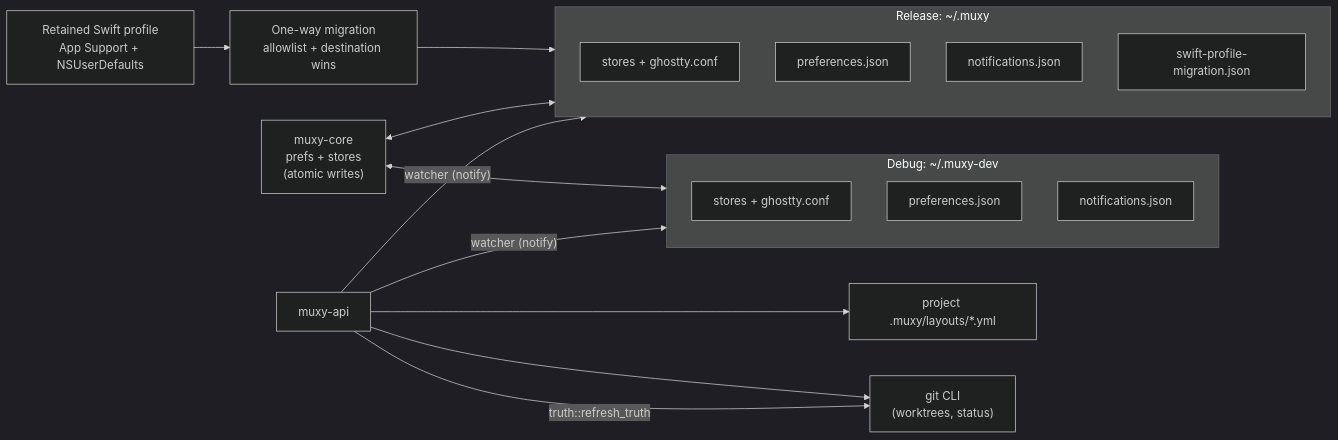
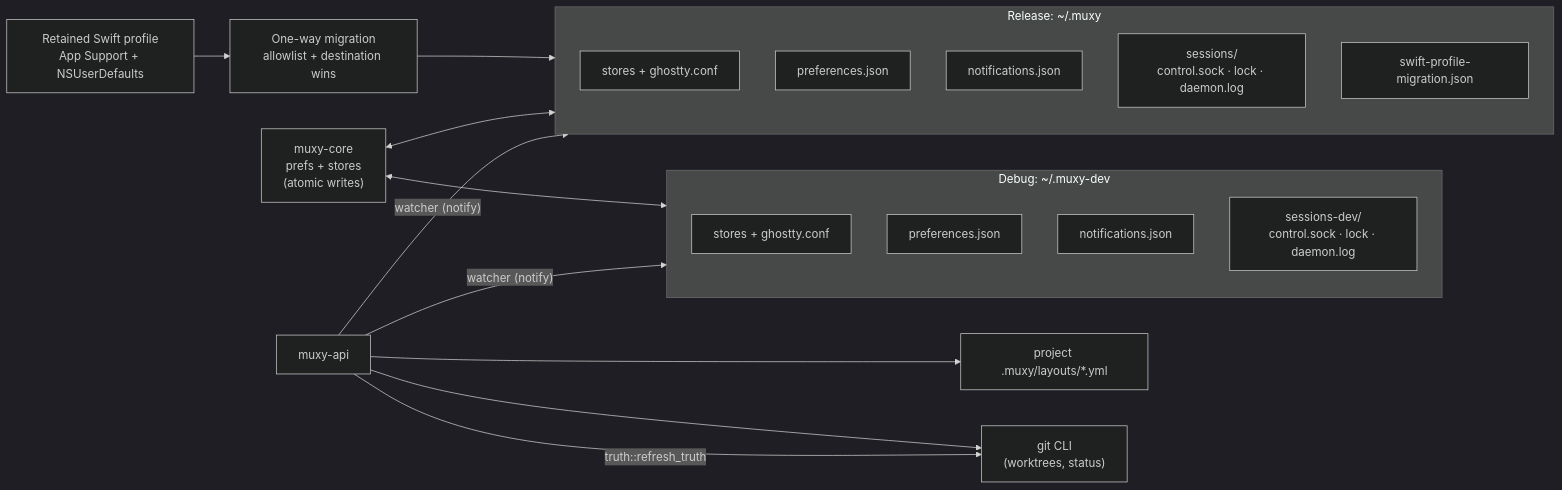
The ninth of 14 diagrams in ARCHITECTURE.md (muxy-app/muxy), drawn with Mermaid (dark theme) before and after one commit. The commit also changed other lines of this file and 33 other files, not shown here.

````diff
--- a/ARCHITECTURE.md
+++ b/ARCHITECTURE.md
@@ -198,28 +230,30 @@
 ```mermaid
 flowchart LR
     SWIFT["Retained Swift profile\nApp Support + NSUserDefaults"]
     MIG["One-way migration\nallowlist + destination wins"]
     subgraph release["Release: ~/.muxy"]
         RF["stores + ghostty.conf"]
         RP["preferences.json"]
         RN["notifications.json"]
+        RSESS["sessions/\ncontrol.sock · lock · daemon.log"]
         RS["swift-profile-migration.json"]
     end
     subgraph debug["Debug: ~/.muxy-dev"]
         DF["stores + ghostty.conf"]
         DP["preferences.json"]
         DN["notifications.json"]
+        DSESS["sessions-dev/\ncontrol.sock · lock · daemon.log"]
     end
     PY["project .muxy/layouts/*.yml"]
     GIT["git CLI\n(worktrees, status)"]
 
     SWIFT --> MIG
     MIG --> release
     core["muxy-core\nprefs + stores\n(atomic writes)"] <--> release
     core <--> debug
     api["muxy-api"] --> PY
     api --> GIT
     api -- "watcher (notify)" --> release
     api -- "watcher (notify)" --> debug
     api -- "truth::refresh_truth" --> GIT
 ```
````
